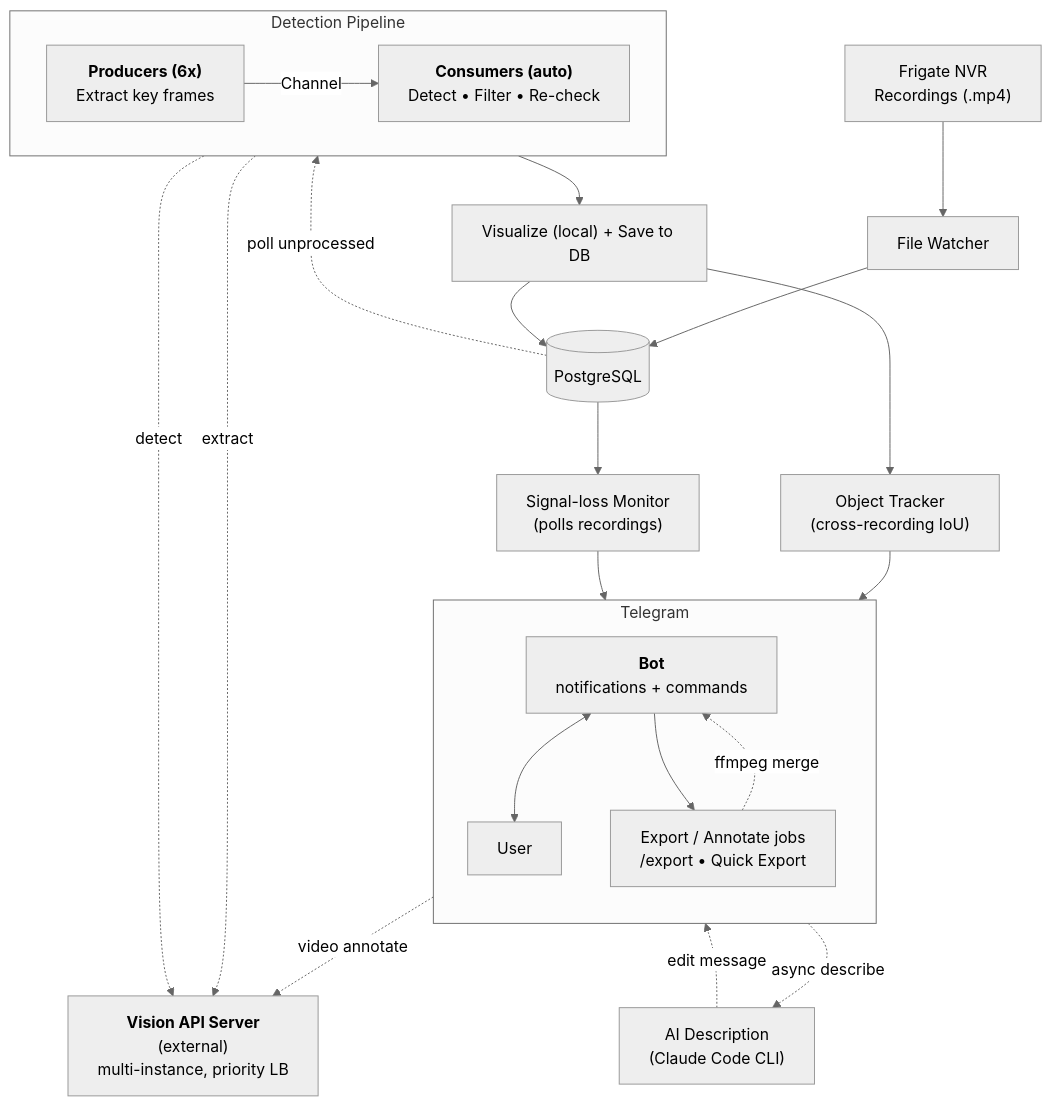
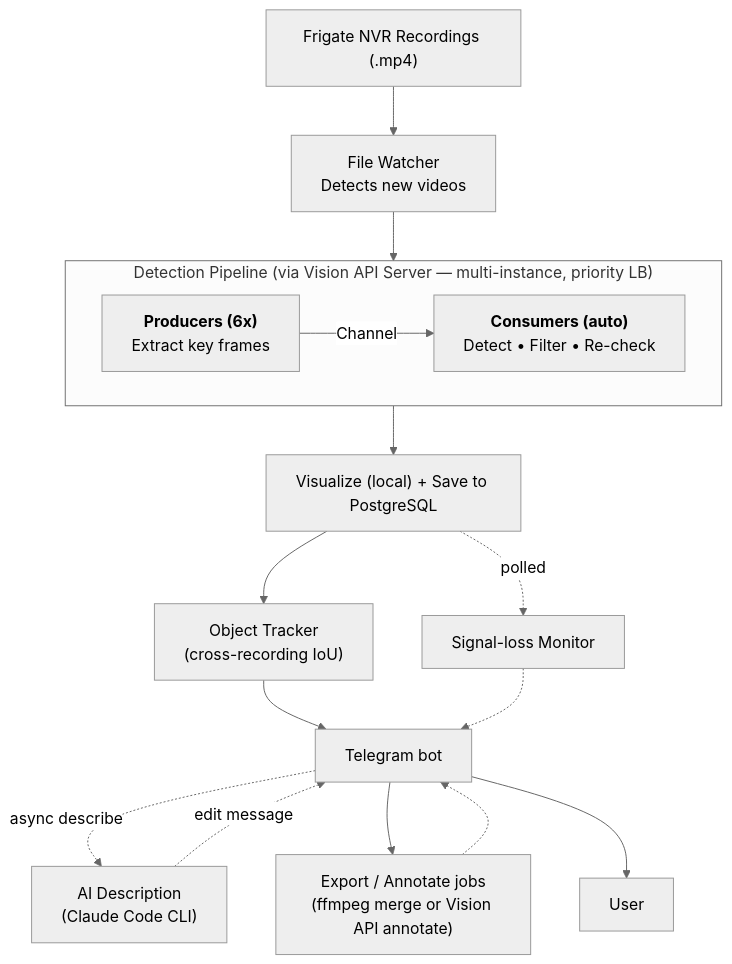
One commit to zinin/frigate-analyzer changed the diagram in README.md. Above: the diagram before and after it, drawn with Mermaid (neutral theme).

Commit message:
docs(readme): simplify How It Works diagram per user feedback
Previous render produced spaghetti layout — Vision API as a separate
node with 3 cross-subgraph edges + 13 nodes + bidirectional Telegram
subgraph forced Dagre to scatter everything diagonally.

Restore the linear top-down flow of the original diagram while still
covering all subsystems shipped since 2026-03-03:
- Drop Vision API as a separate node; mention it in the Detection
  Pipeline subgraph caption and in Export Jobs caption — same info,
  zero diagonal arrows.
- Collapse Telegram subgraph; Bot is now a single node, Export jobs
  and User sit on the main vertical flow.
- Keep Object Tracker, Signal-loss, AI Description as short side
  branches off the main flow.
- Visualize + Save still collapsed into one Facade-shaped node
  (matches RecordingProcessingFacade.processAndNotify ordering).
- AI Description and Export still attach to Bot, not to Object
  Tracker — preserves the correctness fix from review iter 1.

Result: 11 nodes (was 13), one subgraph (was 2), no cross-subgraph
edges, vertical flow matches old diagram's tidy aesthetic.

````diff
--- a/README.md
+++ b/README.md
@@ -7,40 +7,24 @@
 ```mermaid
 graph TD
-    A["Frigate NVR<br/>Recordings (.mp4)"] --> B["File Watcher"]
-    B --> DB
+    A["Frigate NVR Recordings (.mp4)"] --> B["File Watcher<br/>Detects new videos"]
+    B --> C
 
-    V["<b>Vision API Server</b><br/>(external)<br/>multi-instance, priority LB"]
-
-    DB -. "poll unprocessed" .-> P
-
-    subgraph PIPE ["Detection Pipeline"]
+    subgraph C ["Detection Pipeline (via Vision API Server — multi-instance, priority LB)"]
         direction LR
         P["<b>Producers (6x)</b><br/>Extract key frames"] -- "Channel" --> Q["<b>Consumers (auto)</b><br/>Detect • Filter • Re-check"]
     end
 
-    P -. "extract" .-> V
-    Q -. "detect" .-> V
+    C --> D["Visualize (local) + Save to PostgreSQL"]
+    D --> E["Object Tracker<br/>(cross-recording IoU)"]
+    E --> F["Telegram bot"]
 
-    Q --> FAC["Visualize (local) + Save to DB"]
-    FAC --> DB[("PostgreSQL")]
-    FAC --> OT["Object Tracker<br/>(cross-recording IoU)"]
-    OT --> BOT
+    D -. "polled" .-> SL["Signal-loss Monitor"]
+    SL -.-> F
 
-    DB --> SL["Signal-loss Monitor<br/>(polls recordings)"]
-    SL --> BOT
+    F -. "async describe" .-> AI["AI Description<br/>(Claude Code CLI)"]
+    AI -. "edit message" .-> F
 
-    BOT -. "async describe" .-> AI["AI Description<br/>(Claude Code CLI)"]
-    AI -. "edit message" .-> BOT
-
-    subgraph TG ["Telegram"]
-        direction TB
-        BOT["<b>Bot</b><br/>notifications + commands"]
-        EX["Export / Annotate jobs<br/>/export • Quick Export"]
-        U["User"]
-        BOT <--> U
-        BOT --> EX
-    end
-
-    EX -. "ffmpeg merge" .-> BOT
-    EX -. "video annotate" .-> V
+    F --> EX["Export / Annotate jobs<br/>(ffmpeg merge or Vision API annotate)"]
+    EX -.-> F
+    F --> U["User"]
 ```
````
